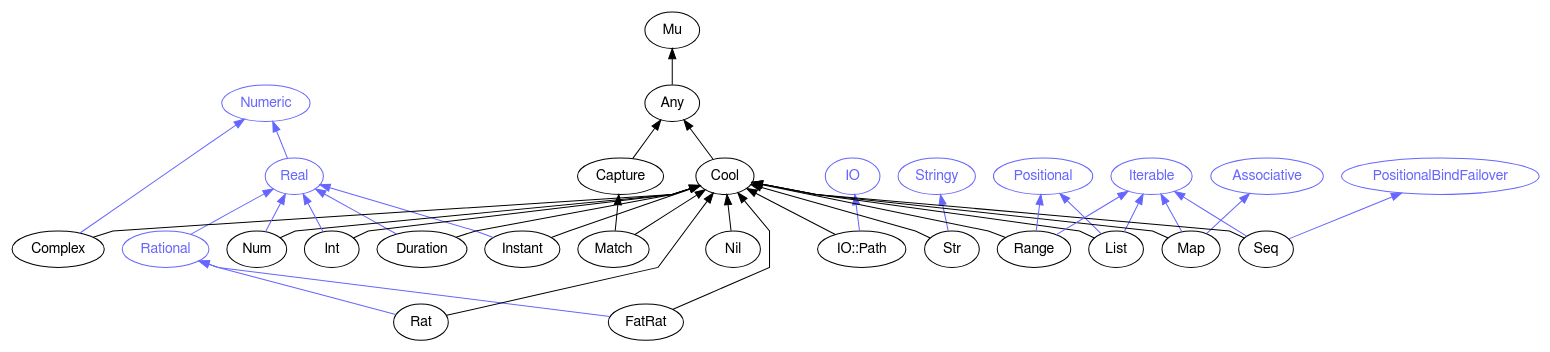
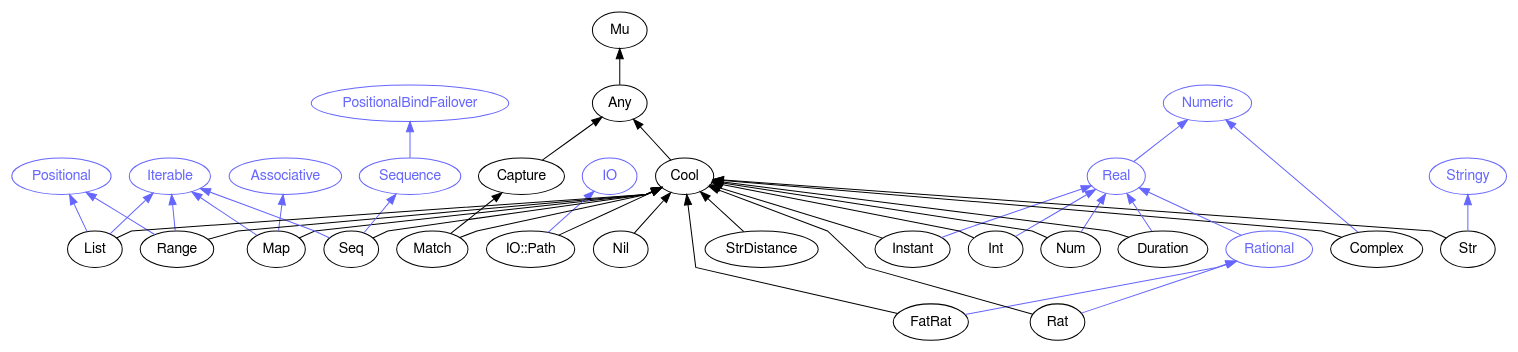
Before and after one commit to rakudocs/rakudocs.github.io: the diagram in images/type-graph-Cool.svg.dot, drawn with Graphviz. The commit also changed 2867 other files, not shown here.

```diff
--- a/images/type-graph-Cool.svg.dot
+++ b/images/type-graph-Cool.svg.dot
@@ -1,76 +1,81 @@
 digraph "perl6-type-graph" {
     rankdir=BT;
     splines=polyline;
     overlap=false; 
+    graph [truecolor=true bgcolor="#FFFFFF"];
     // Types
     "Cool" [color="#000000", fontcolor="#000000", href="/type/Cool", fontname="FreeSans"];
     "Mu" [color="#000000", fontcolor="#000000", href="/type/Mu", fontname="FreeSans"];
     "Any" [color="#000000", fontcolor="#000000", href="/type/Any", fontname="FreeSans"];
+    "Iterable" [color="#6666FF", fontcolor="#6666FF", href="/type/Iterable", fontname="FreeSans"];
+    "Associative" [color="#6666FF", fontcolor="#6666FF", href="/type/Associative", fontname="FreeSans"];
+    "Map" [color="#000000", fontcolor="#000000", href="/type/Map", fontname="FreeSans"];
+    "IO" [color="#6666FF", fontcolor="#6666FF", href="/type/IO", fontname="FreeSans"];
+    "IO::Path" [color="#000000", fontcolor="#000000", href="/type/IO::Path", fontname="FreeSans"];
+    "Positional" [color="#6666FF", fontcolor="#6666FF", href="/type/Positional", fontname="FreeSans"];
+    "Range" [color="#000000", fontcolor="#000000", href="/type/Range", fontname="FreeSans"];
+    "PositionalBindFailover" [color="#6666FF", fontcolor="#6666FF", href="/type/PositionalBindFailover", fontname="FreeSans"];
+    "Sequence" [color="#6666FF", fontcolor="#6666FF", href="/type/Sequence", fontname="FreeSans"];
+    "Seq" [color="#000000", fontcolor="#000000", href="/type/Seq", fontname="FreeSans"];
     "Numeric" [color="#6666FF", fontcolor="#6666FF", href="/type/Numeric", fontname="FreeSans"];
     "Real" [color="#6666FF", fontcolor="#6666FF", href="/type/Real", fontname="FreeSans"];
     "Instant" [color="#000000", fontcolor="#000000", href="/type/Instant", fontname="FreeSans"];
-    "IO" [color="#6666FF", fontcolor="#6666FF", href="/type/IO", fontname="FreeSans"];
-    "IO::Path" [color="#000000", fontcolor="#000000", href="/type/IO::Path", fontname="FreeSans"];
+    "Int" [color="#000000", fontcolor="#000000", href="/type/Int", fontname="FreeSans"];
+    "Complex" [color="#000000", fontcolor="#000000", href="/type/Complex", fontname="FreeSans"];
+    "Num" [color="#000000", fontcolor="#000000", href="/type/Num", fontname="FreeSans"];
     "Stringy" [color="#6666FF", fontcolor="#6666FF", href="/type/Stringy", fontname="FreeSans"];
     "Str" [color="#000000", fontcolor="#000000", href="/type/Str", fontname="FreeSans"];
-    "Positional" [color="#6666FF", fontcolor="#6666FF", href="/type/Positional", fontname="FreeSans"];
-    "Iterable" [color="#6666FF", fontcolor="#6666FF", href="/type/Iterable", fontname="FreeSans"];
     "List" [color="#000000", fontcolor="#000000", href="/type/List", fontname="FreeSans"];
+    "Duration" [color="#000000", fontcolor="#000000", href="/type/Duration", fontname="FreeSans"];
+    "Nil" [color="#000000", fontcolor="#000000", href="/type/Nil", fontname="FreeSans"];
     "Capture" [color="#000000", fontcolor="#000000", href="/type/Capture", fontname="FreeSans"];
     "Match" [color="#000000", fontcolor="#000000", href="/type/Match", fontname="FreeSans"];
-    "Associative" [color="#6666FF", fontcolor="#6666FF", href="/type/Associative", fontname="FreeSans"];
-    "Map" [color="#000000", fontcolor="#000000", href="/type/Map", fontname="FreeSans"];
-    "Duration" [color="#000000", fontcolor="#000000", href="/type/Duration", fontname="FreeSans"];
-    "Nil" [color="#000000", fontcolor="#000000", href="/type/Nil", fontname="FreeSans"];
     "Rational" [color="#6666FF", fontcolor="#6666FF", href="/type/Rational", fontname="FreeSans"];
     "FatRat" [color="#000000", fontcolor="#000000", href="/type/FatRat", fontname="FreeSans"];
-    "PositionalBindFailover" [color="#6666FF", fontcolor="#6666FF", href="/type/PositionalBindFailover", fontname="FreeSans"];
-    "Seq" [color="#000000", fontcolor="#000000", href="/type/Seq", fontname="FreeSans"];
-    "Range" [color="#000000", fontcolor="#000000", href="/type/Range", fontname="FreeSans"];
     "Rat" [color="#000000", fontcolor="#000000", href="/type/Rat", fontname="FreeSans"];
-    "Complex" [color="#000000", fontcolor="#000000", href="/type/Complex", fontname="FreeSans"];
-    "Num" [color="#000000", fontcolor="#000000", href="/type/Num", fontname="FreeSans"];
-    "Int" [color="#000000", fontcolor="#000000", href="/type/Int", fontname="FreeSans"];
+    "StrDistance" [color="#000000", fontcolor="#000000", href="/type/StrDistance", fontname="FreeSans"];
 
     // Superclasses
     "Cool" -> "Any" [color="#000000"];
     "Any" -> "Mu" [color="#000000"];
+    "Map" -> "Cool" [color="#000000"];
+    "IO::Path" -> "Cool" [color="#000000"];
+    "Range" -> "Cool" [color="#000000"];
+    "Seq" -> "Cool" [color="#000000"];
     "Instant" -> "Cool" [color="#000000"];
-    "IO::Path" -> "Cool" [color="#000000"];
+    "Int" -> "Cool" [color="#000000"];
+    "Complex" -> "Cool" [color="#000000"];
+    "Num" -> "Cool" [color="#000000"];
     "Str" -> "Cool" [color="#000000"];
     "List" -> "Cool" [color="#000000"];
+    "Duration" -> "Cool" [color="#000000"];
+    "Nil" -> "Cool" [color="#000000"];
     "Capture" -> "Any" [color="#000000"];
     "Match" -> "Capture" [color="#000000"];
     "Match" -> "Cool" [color="#000000"];
-    "Map" -> "Cool" [color="#000000"];
-    "Duration" -> "Cool" [color="#000000"];
-    "Nil" -> "Cool" [color="#000000"];
     "FatRat" -> "Cool" [color="#000000"];
-    "Seq" -> "Cool" [color="#000000"];
-    "Range" -> "Cool" [color="#000000"];
     "Rat" -> "Cool" [color="#000000"];
-    "Complex" -> "Cool" [color="#000000"];
-    "Num" -> "Cool" [color="#000000"];
-    "Int" -> "Cool" [color="#000000"];
+    "StrDistance" -> "Cool" [color="#000000"];
 
     // Roles
+    "Map" -> "Iterable" [color="#6666FF"];
+    "Map" -> "Associative" [color="#6666FF"];
+    "IO::Path" -> "IO" [color="#6666FF"];
+    "Range" -> "Positional" [color="#6666FF"];
+    "Range" -> "Iterable" [color="#6666FF"];
+    "Sequence" -> "PositionalBindFailover" [color="#6666FF"];
+    "Seq" -> "Iterable" [color="#6666FF"];
+    "Seq" -> "Sequence" [color="#6666FF"];
     "Real" -> "Numeric" [color="#6666FF"];
     "Instant" -> "Real" [color="#6666FF"];
-    "IO::Path" -> "IO" [color="#6666FF"];
+    "Int" -> "Real" [color="#6666FF"];
+    "Complex" -> "Numeric" [color="#6666FF"];
+    "Num" -> "Real" [color="#6666FF"];
     "Str" -> "Stringy" [color="#6666FF"];
     "List" -> "Positional" [color="#6666FF"];
     "List" -> "Iterable" [color="#6666FF"];
-    "Map" -> "Iterable" [color="#6666FF"];
-    "Map" -> "Associative" [color="#6666FF"];
     "Duration" -> "Real" [color="#6666FF"];
     "Rational" -> "Real" [color="#6666FF"];
     "FatRat" -> "Rational" [color="#6666FF"];
-    "Seq" -> "Iterable" [color="#6666FF"];
-    "Seq" -> "PositionalBindFailover" [color="#6666FF"];
-    "Range" -> "Positional" [color="#6666FF"];
-    "Range" -> "Iterable" [color="#6666FF"];
     "Rat" -> "Rational" [color="#6666FF"];
-    "Complex" -> "Numeric" [color="#6666FF"];
-    "Num" -> "Real" [color="#6666FF"];
-    "Int" -> "Real" [color="#6666FF"];
 }
```
